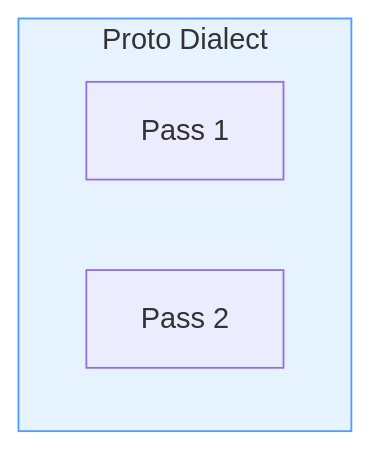
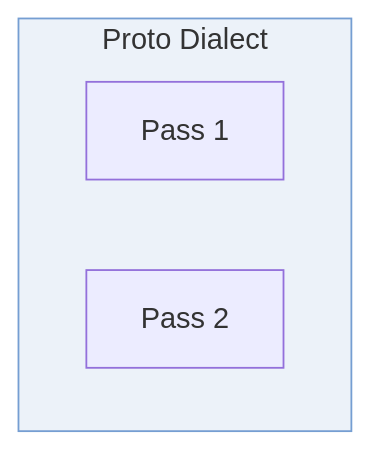
One commit to alnovis/nebula changed the third of 3 diagrams in docs/MERMAID_EXPORT.md. Above: the diagram before and after it, drawn with Mermaid. The commit also changed other lines of this file and 4 other files, not shown here.

First line of the commit message:
feat(style): matched palette for diagram layers and the CDN page

````diff
--- a/docs/MERMAID_EXPORT.md
+++ b/docs/MERMAID_EXPORT.md
@@ -227,9 +227,9 @@
 ```mermaid
 flowchart TB
     subgraph proto["Proto Dialect"]
         P1["Pass 1"]
         P2["Pass 2"]
     end
 
-    style proto fill:#4a9eff22,stroke:#4a9eff
+    style proto fill:#759ed222,stroke:#759ed2
 ```
````
